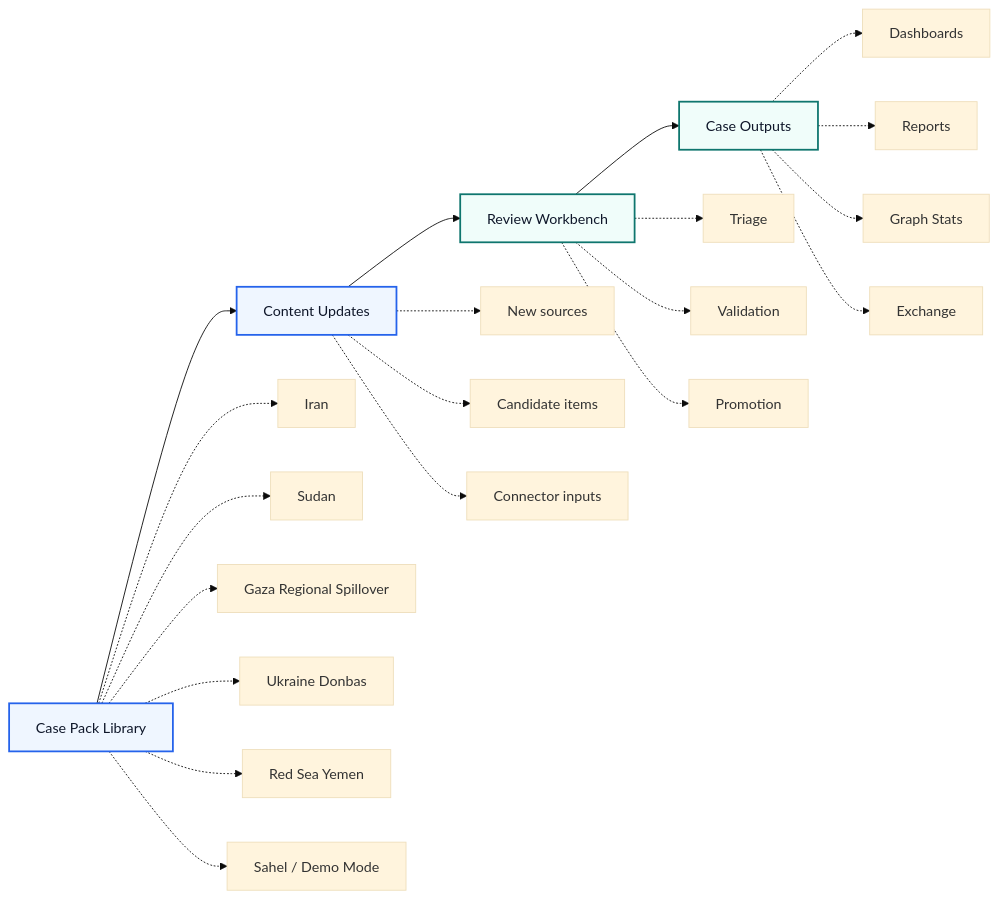
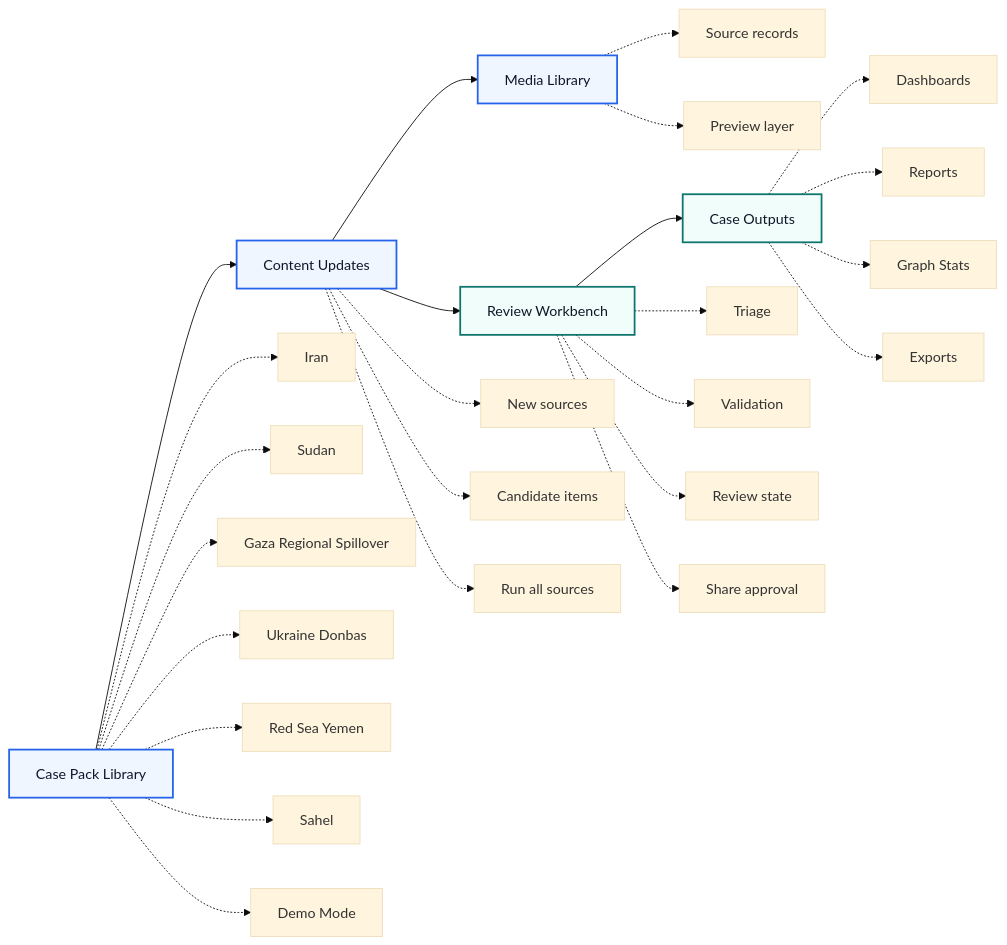
Before and after one commit to GJvManen/legolens-core: the fifth of 5 diagrams in README.md, drawn with Mermaid (base theme). The commit also changed other lines of this file, not shown here.

````diff
--- a/README.md
+++ b/README.md
@@ -121,31 +166,35 @@
 ```mermaid
 flowchart LR
     CPL[Case Pack Library] --> CU[Content Updates]
+    CU --> ML[Media Library]
     CU --> RW[Review Workbench]
     RW --> CO[Case Outputs]
 
     CPL -.-> C1[Iran]
     CPL -.-> C2[Sudan]
     CPL -.-> C3[Gaza Regional Spillover]
     CPL -.-> C4[Ukraine Donbas]
     CPL -.-> C5[Red Sea Yemen]
-    CPL -.-> C6[Sahel / Demo Mode]
+    CPL -.-> C6[Sahel]
+    CPL -.-> C7[Demo Mode]
 
     CU -.-> U1[New sources]
     CU -.-> U2[Candidate items]
-    CU -.-> U3[Connector inputs]
-
+    CU -.-> U3[Run all sources]
+    ML -.-> M1[Source records]
+    ML -.-> M2[Preview layer]
     RW -.-> R1[Triage]
     RW -.-> R2[Validation]
-    RW -.-> R3[Promotion]
+    RW -.-> R3[Review state]
+    RW -.-> R4[Share approval]
 
     CO -.-> O1[Dashboards]
     CO -.-> O2[Reports]
     CO -.-> O3[Graph Stats]
-    CO -.-> O4[Exchange]
+    CO -.-> O4[Exports]
 
     classDef library fill:#eff6ff,stroke:#2563eb,stroke-width:2px,color:#0f172a;
     classDef review fill:#f0fdfa,stroke:#0f766e,stroke-width:2px,color:#0f172a;
-    class CPL,CU library;
+    class CPL,CU,ML library;
     class RW,CO review;
 ```
````
